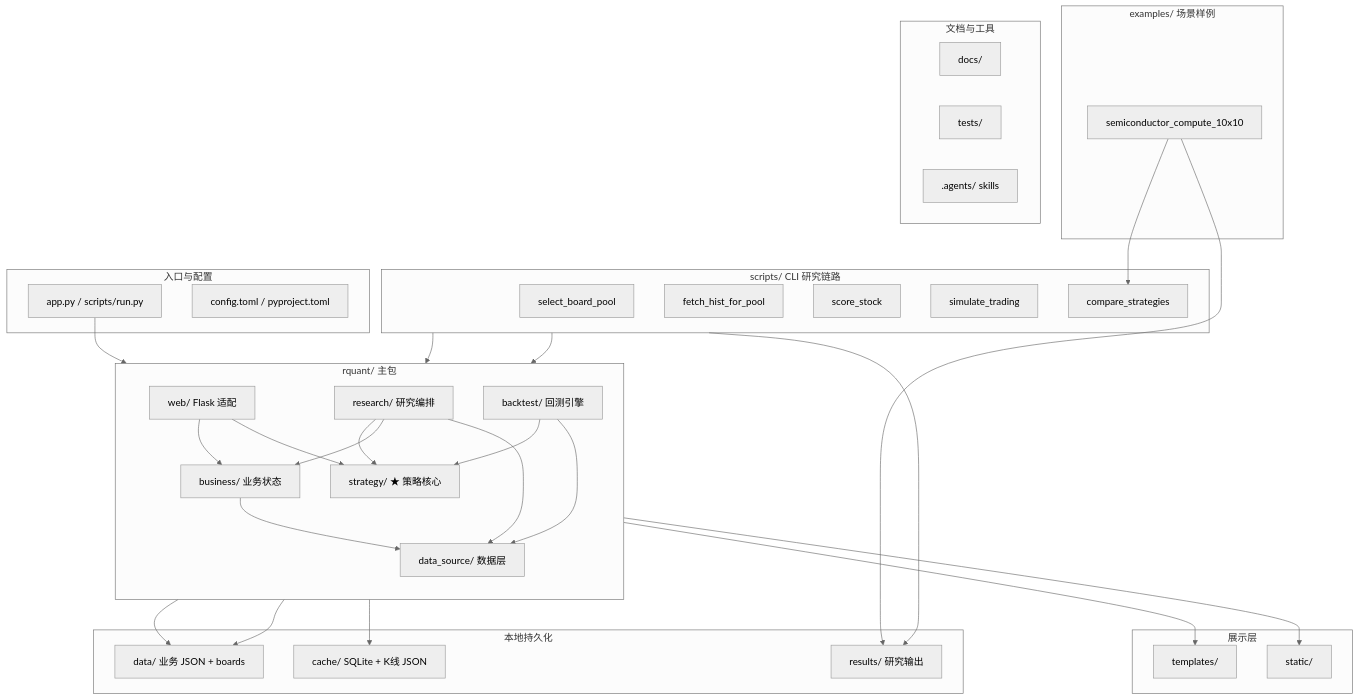
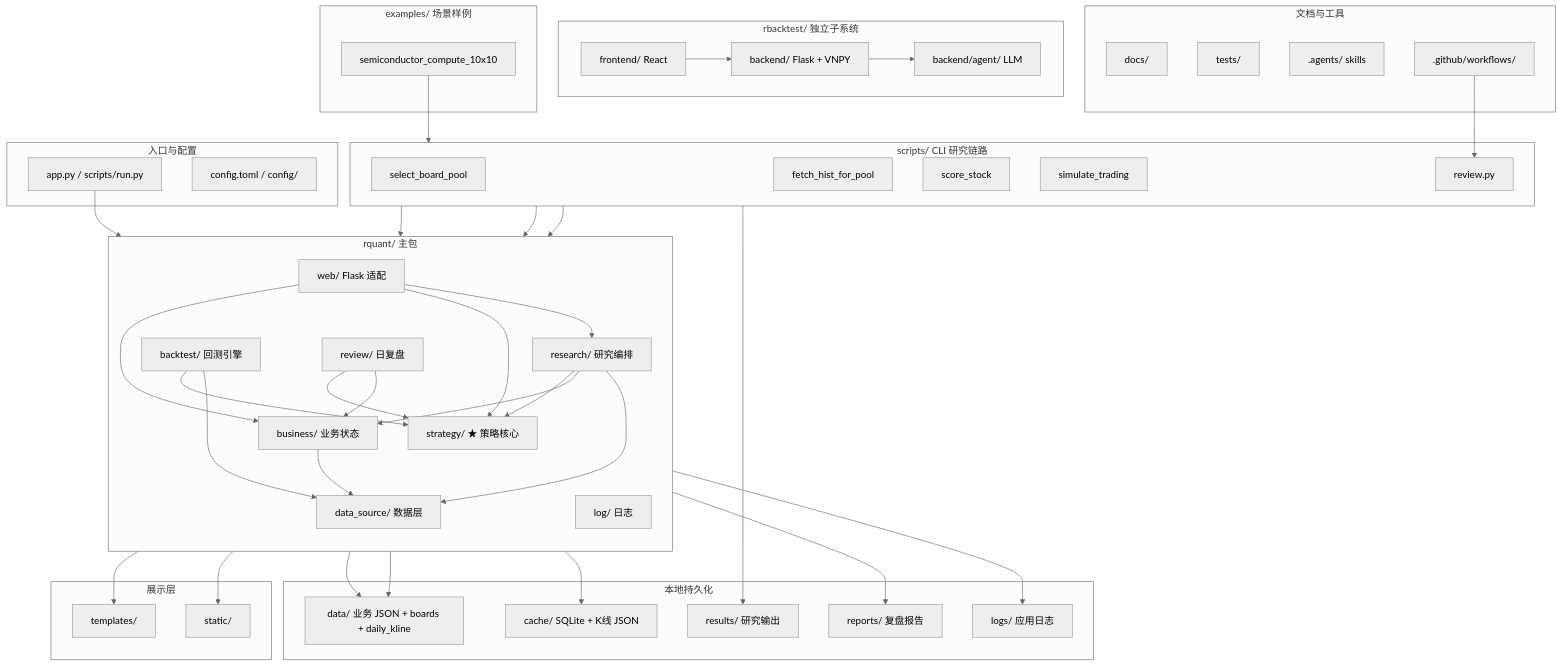
One commit to q531019067-boop/RetailQuant changed the diagram in docs/大纲.md. Above: the diagram before and after it, drawn with Mermaid (neutral theme). The commit also changed other lines of this file and 18 other files, not shown here.

````diff
--- a/docs/大纲.md
+++ b/docs/大纲.md
@@ -70,7 +97,7 @@
 flowchart TB
   subgraph entry["入口与配置"]
     app["app.py / scripts/run.py"]
-    cfg["config.toml / pyproject.toml"]
+    cfg["config.toml / config/"]
   end
 
   subgraph core["rquant/ 主包"]
@@ -81,6 +108,14 @@
     W["web/ Flask 适配"]
     R["research/ 研究编排"]
     BT["backtest/ 回测引擎"]
+    RV["review/ 日复盘"]
+    LG["log/ 日志"]
+  end
+
+  subgraph rb["rbacktest/ 独立子系统"]
+    rbFE["frontend/ React"]
+    rbBE["backend/ Flask + VNPY"]
+    rbAG["backend/agent/ LLM"]
   end
 
   subgraph cli["scripts/ CLI 研究链路"]
@@ -88,7 +123,7 @@
     fetch["fetch_hist_for_pool"]
     score["score_stock"]
     sim["simulate_trading"]
-    cmp["compare_strategies"]
+    rev["review.py"]
   end
 
   subgraph examples["examples/ 场景样例"]
@@ -101,23 +136,28 @@
   end
 
   subgraph persist["本地持久化"]
-    data["data/ 业务 JSON + boards"]
+    data["data/ 业务 JSON + boards + daily_kline"]
     cache["cache/ SQLite + K线 JSON"]
     res["results/ 研究输出"]
+    rpt["reports/ 复盘报告"]
+    logs["logs/ 应用日志"]
   end
 
   subgraph meta["文档与工具"]
     docs["docs/"]
     tests["tests/"]
     agents[".agents/ skills"]
+    gha[".github/workflows/"]
   end
 
   app --> W
   W --> B
   W --> S
+  W --> R
   B --> D
   cli --> R
   cli --> BT
+  cli --> RV
   R --> S
   R --> B
   R --> D
@@ -126,9 +166,15 @@
   D --> cache
   D --> data
   cli --> res
-  ex10 --> cmp
-  ex10 --> res
+  RV --> S
+  RV --> B
+  RV --> rpt
+  LG --> logs
+  ex10 --> cli
   W --> tpl
   W --> css
   B --> data
+  rbFE --> rbBE
+  rbBE --> rbAG
+  gha --> rev
 ```
````
